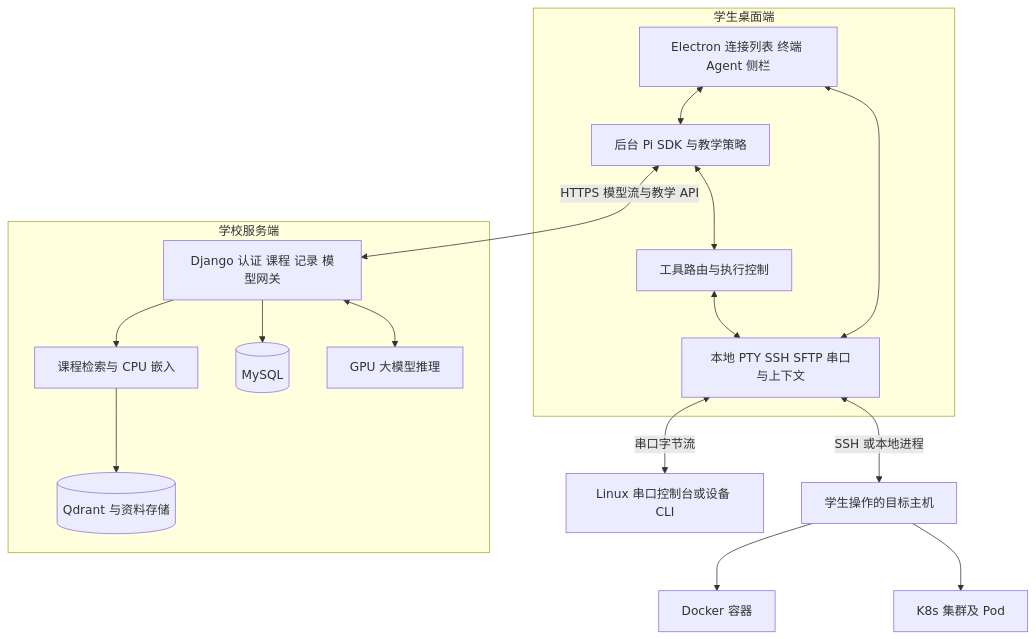
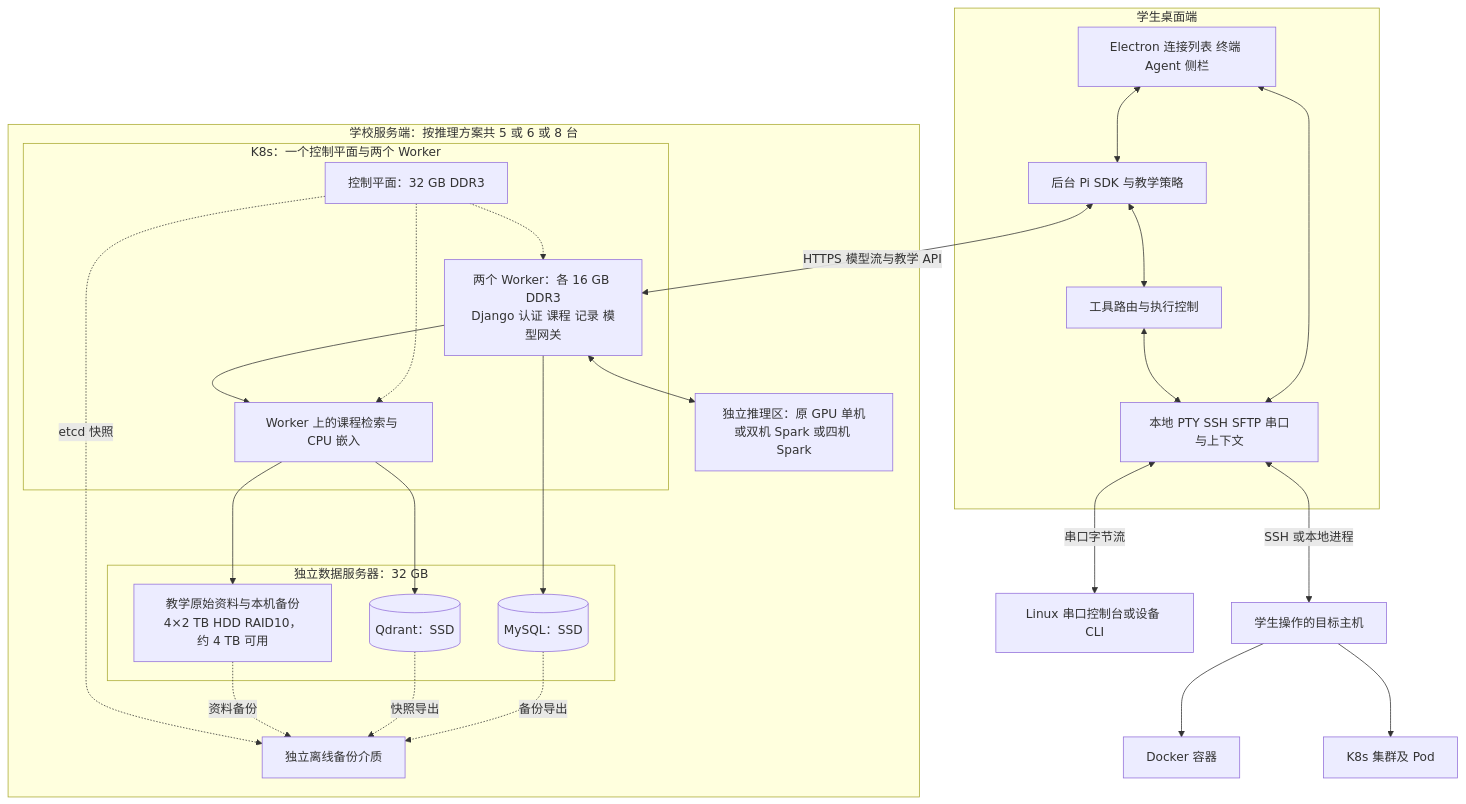
The diagram in docs/项目设计方案.md (mssm151/term-tutor), drawn with Mermaid before and after one commit. The commit also changed other lines of this file and 9 other files, not shown here.

````diff
--- a/docs/项目设计方案.md
+++ b/docs/项目设计方案.md
@@ -195,29 +197,43 @@
 ```mermaid
 flowchart TB
     subgraph Desktop[学生桌面端]
         UI[Electron 连接列表 终端 Agent 侧栏]
         Pi[后台 Pi SDK 与教学策略]
         Control[工具路由与执行控制]
         Session[本地 PTY SSH SFTP 串口与上下文]
         UI <--> Pi
         UI <--> Session
         Pi <--> Control
         Control <--> Session
     end
-    subgraph School[学校服务端]
-        API[Django 认证 课程 记录 模型网关]
-        RAG[课程检索与 CPU 嵌入]
-        SQL[(MySQL)]
-        Vector[(Qdrant 与资料存储)]
-        LLM[GPU 大模型推理]
+    subgraph School[学校服务端：按推理方案共 5 或 6 或 8 台]
+        subgraph K8s[K8s：一个控制平面与两个 Worker]
+            Master[控制平面：32 GB DDR3]
+            API[两个 Worker：各 16 GB DDR3<br/>Django 认证 课程 记录 模型网关]
+            RAG[Worker 上的课程检索与 CPU 嵌入]
+            Master -.-> API
+            Master -.-> RAG
+            API --> RAG
+        end
+        subgraph Data[独立数据服务器：32 GB]
+            SQL[(MySQL：SSD)]
+            Vector[(Qdrant：SSD)]
+            Files[教学原始资料与本机备份<br/>4×2 TB HDD RAID10，约 4 TB 可用]
+        end
+        LLM[独立推理区：原 GPU 单机或双机 Spark 或四机 Spark]
+        Backup[独立离线备份介质]
         API --> SQL
-        API --> RAG
         RAG --> Vector
+        RAG --> Files
         API <--> LLM
+        SQL -.备份导出.-> Backup
+        Vector -.快照导出.-> Backup
+        Files -.资料备份.-> Backup
+        Master -.etcd 快照.-> Backup
     end
     Pi <-->|HTTPS 模型流与教学 API| API
     Session <-->|SSH 或本地进程| Target[学生操作的目标主机]
     Session <-->|串口字节流| Device[Linux 串口控制台或设备 CLI]
     Target --> Container[Docker 容器]
     Target --> Cluster[K8s 集群及 Pod]
 ```
````
